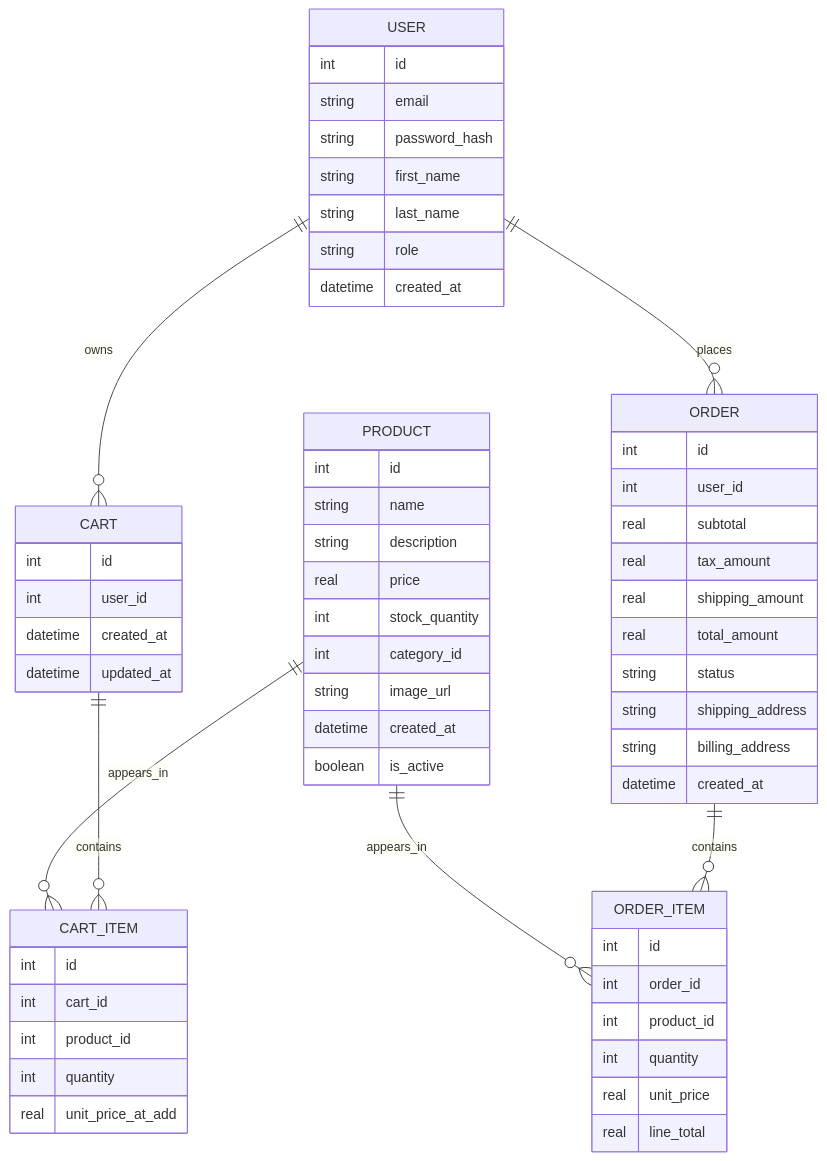
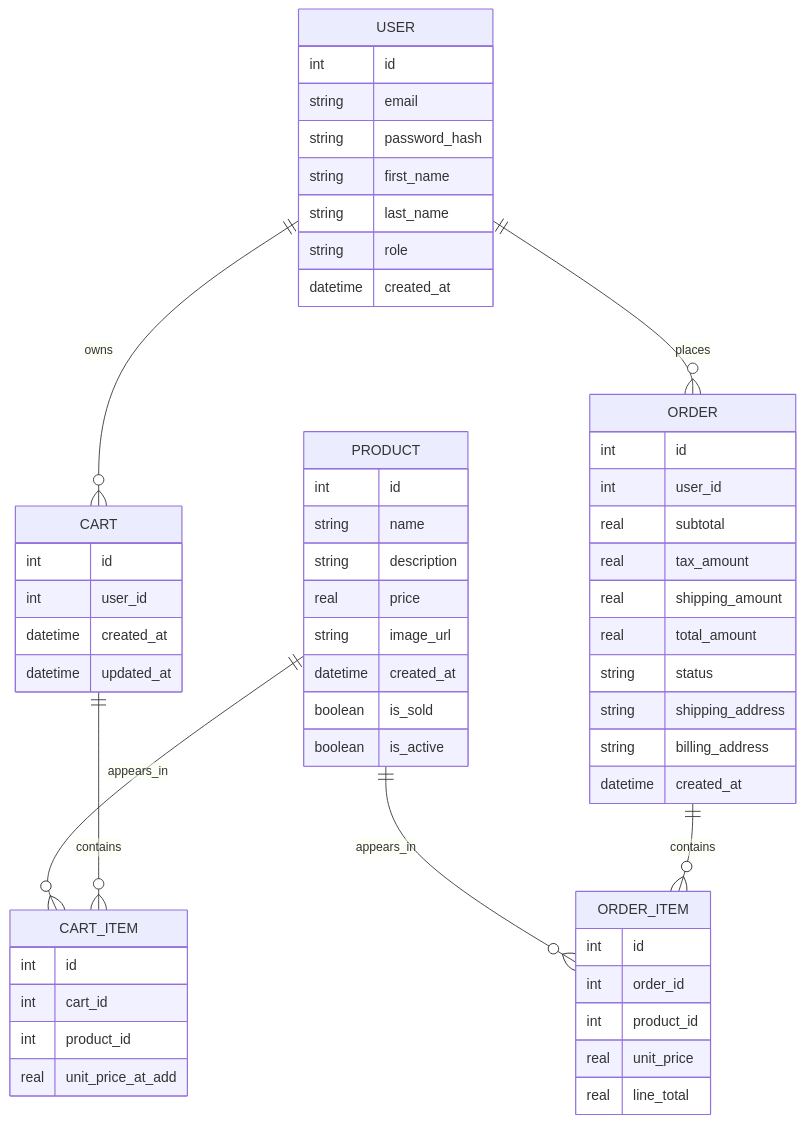
One commit to codyhahn/swe-3313-fall-2025-team-02 changed the diagram in technical-design/README.md. Above: the diagram before and after it, drawn with Mermaid. The commit also changed other lines of this file, not shown here.

````diff
--- a/technical-design/README.md
+++ b/technical-design/README.md
@@ -102,68 +102,65 @@
 ```mermaid
 erDiagram
     USER ||--o{ CART : "owns"
     USER ||--o{ ORDER : "places"
     PRODUCT ||--o{ CART_ITEM : "appears_in"
     PRODUCT ||--o{ ORDER_ITEM : "appears_in"
     CART ||--o{ CART_ITEM : "contains"
     ORDER ||--o{ ORDER_ITEM : "contains"
 
     USER {
         int id
         string email
         string password_hash
         string first_name
         string last_name
         string role
         datetime created_at
     }
 
     PRODUCT {
         int id
         string name
         string description
         real price
-        int stock_quantity
-        int category_id
         string image_url
         datetime created_at
+        boolean is_sold
         boolean is_active
     }
 
     CART {
         int id
         int user_id
         datetime created_at
         datetime updated_at
     }
 
     CART_ITEM {
         int id
         int cart_id
         int product_id
-        int quantity
         real unit_price_at_add
     }
 
     ORDER {
         int id
         int user_id
         real subtotal
         real tax_amount
         real shipping_amount
         real total_amount
         string status
         string shipping_address
         string billing_address
         datetime created_at
     }
 
     ORDER_ITEM {
         int id
         int order_id
         int product_id
-        int quantity
         real unit_price
         real line_total
     }
 ```
````
